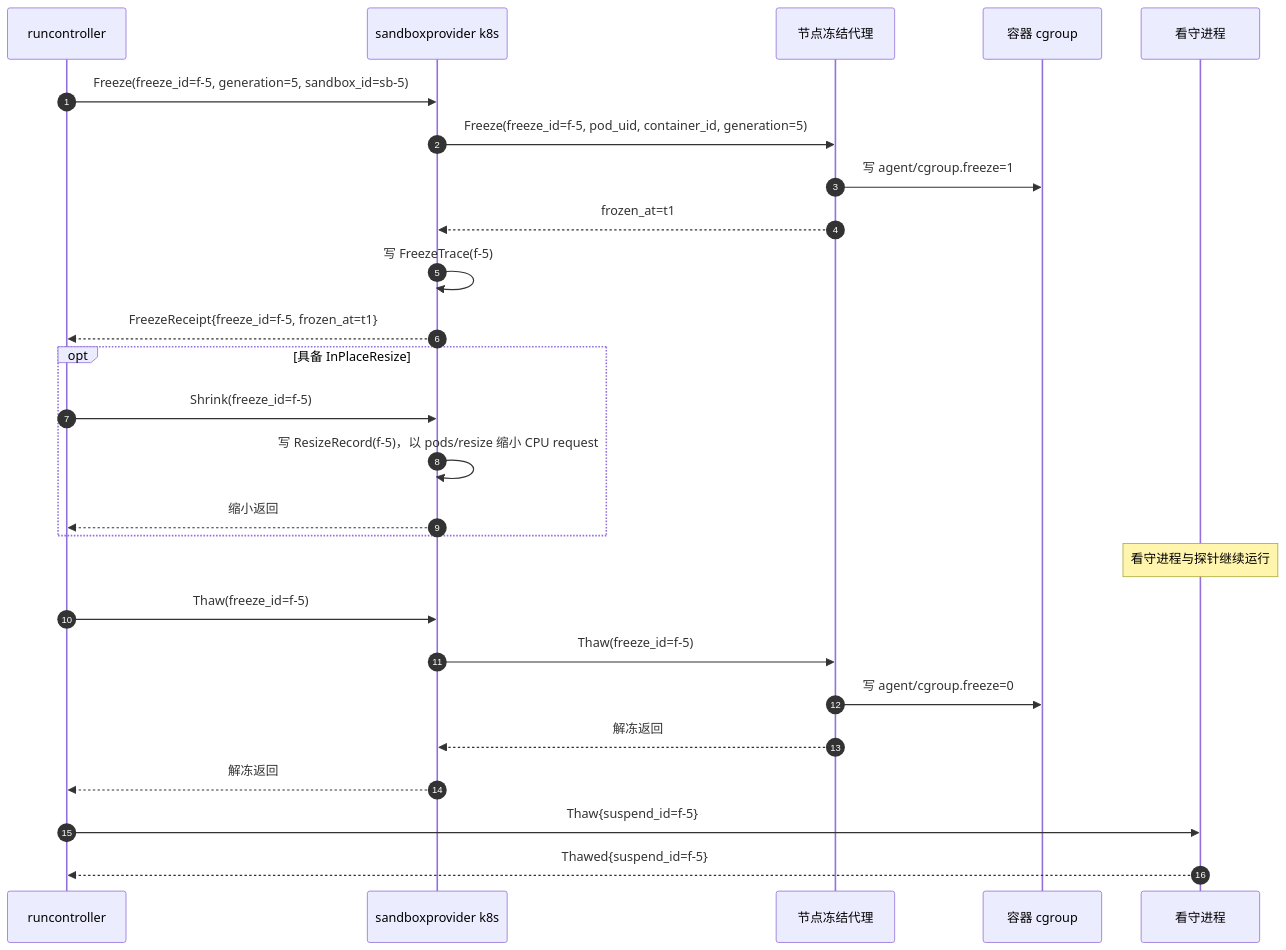
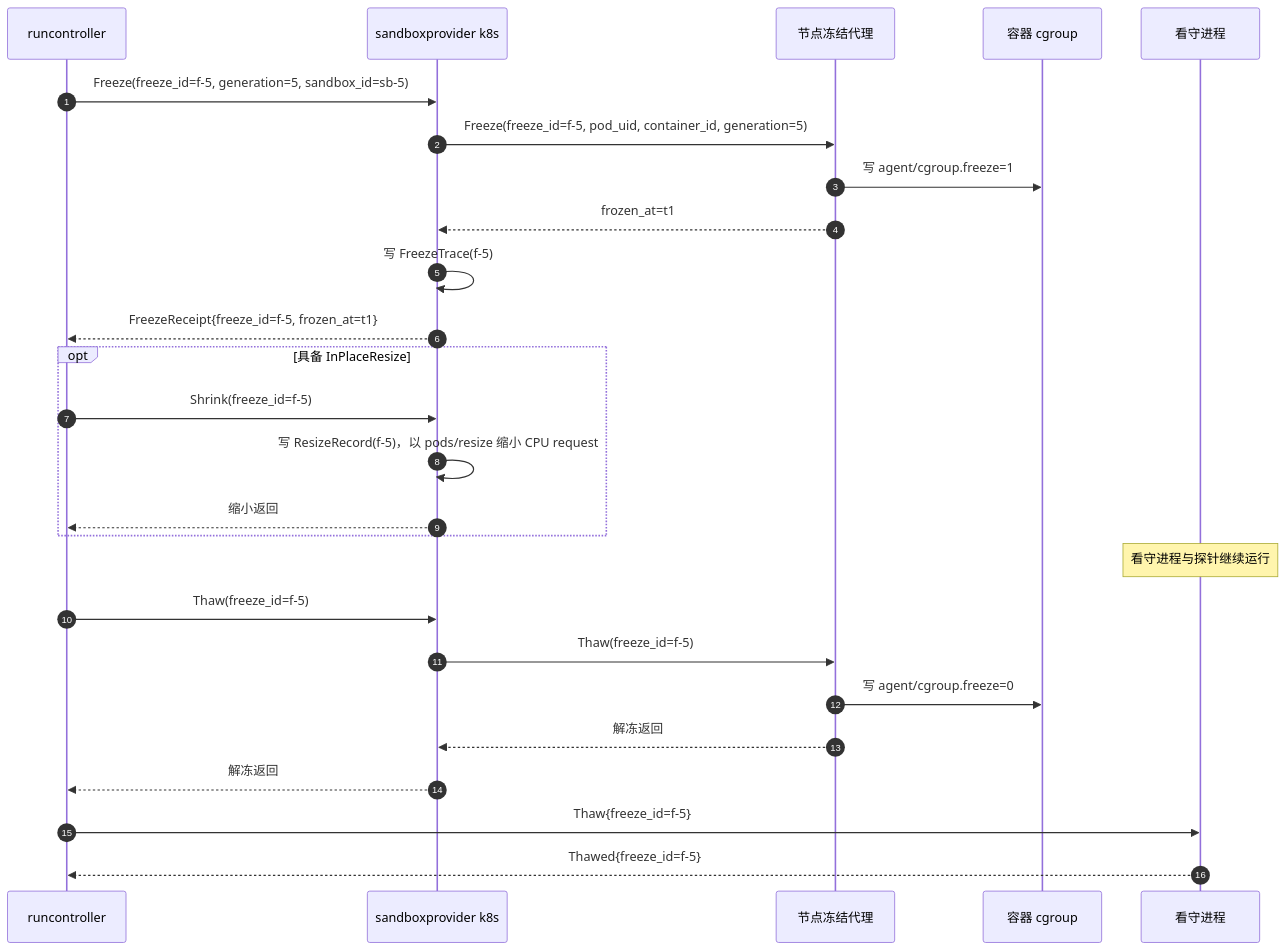
Before and after one commit to wangzw/castworks: the second of 4 diagrams in docs/design/modules/sandboxprovider/design-sandboxprovider-k8s.md, drawn with Mermaid. The commit also changed other lines of this file and 35 other files, not shown here.

````diff
--- a/docs/design/modules/sandboxprovider/design-sandboxprovider-k8s.md
+++ b/docs/design/modules/sandboxprovider/design-sandboxprovider-k8s.md
@@ -250,29 +251,29 @@
 ```mermaid
 sequenceDiagram
     autonumber
     participant R as runcontroller
     participant P as sandboxprovider k8s
     participant N as 节点冻结代理
     participant C as 容器 cgroup
     participant W as 看守进程
 
     R->>P: Freeze(freeze_id=f-5, generation=5, sandbox_id=sb-5)
     P->>N: Freeze(freeze_id=f-5, pod_uid, container_id, generation=5)
     N->>C: 写 agent/cgroup.freeze=1
     N-->>P: frozen_at=t1
     P->>P: 写 FreezeTrace(f-5)
     P-->>R: FreezeReceipt{freeze_id=f-5, frozen_at=t1}
     opt 具备 InPlaceResize
         R->>P: Shrink(freeze_id=f-5)
         P->>P: 写 ResizeRecord(f-5)，以 pods/resize 缩小 CPU request
         P-->>R: 缩小返回
     end
     Note over W: 看守进程与探针继续运行
     R->>P: Thaw(freeze_id=f-5)
     P->>N: Thaw(freeze_id=f-5)
     N->>C: 写 agent/cgroup.freeze=0
     N-->>P: 解冻返回
     P-->>R: 解冻返回
-    R->>W: Thaw{suspend_id=f-5}
-    W-->>R: Thawed{suspend_id=f-5}
+    R->>W: Thaw{freeze_id=f-5}
+    W-->>R: Thawed{freeze_id=f-5}
 ```
````
